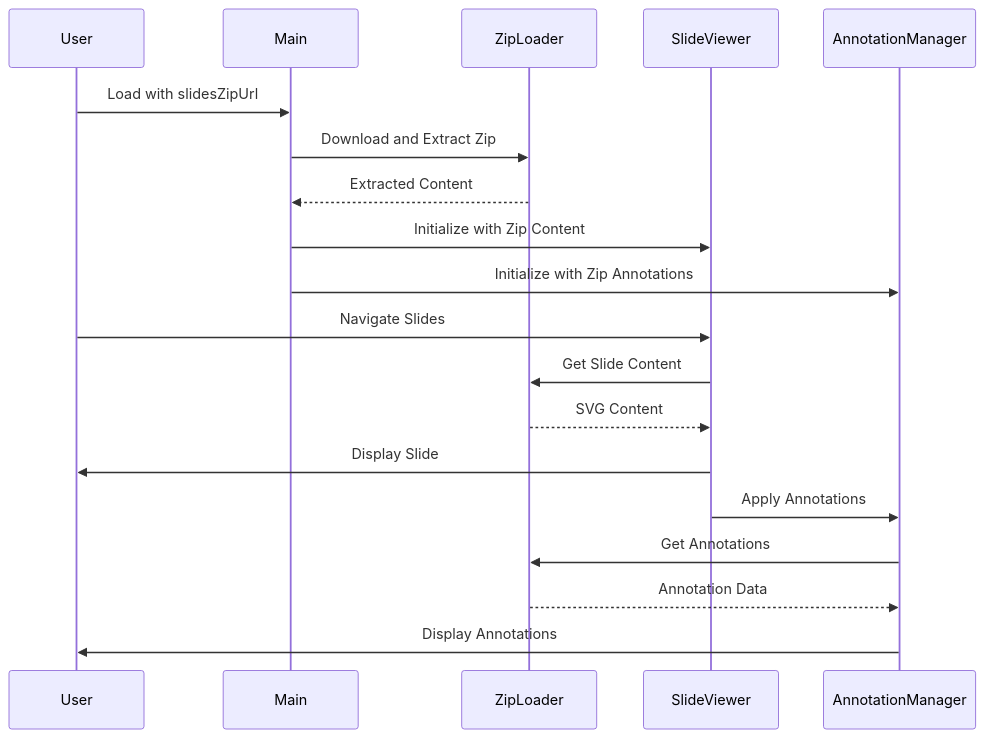
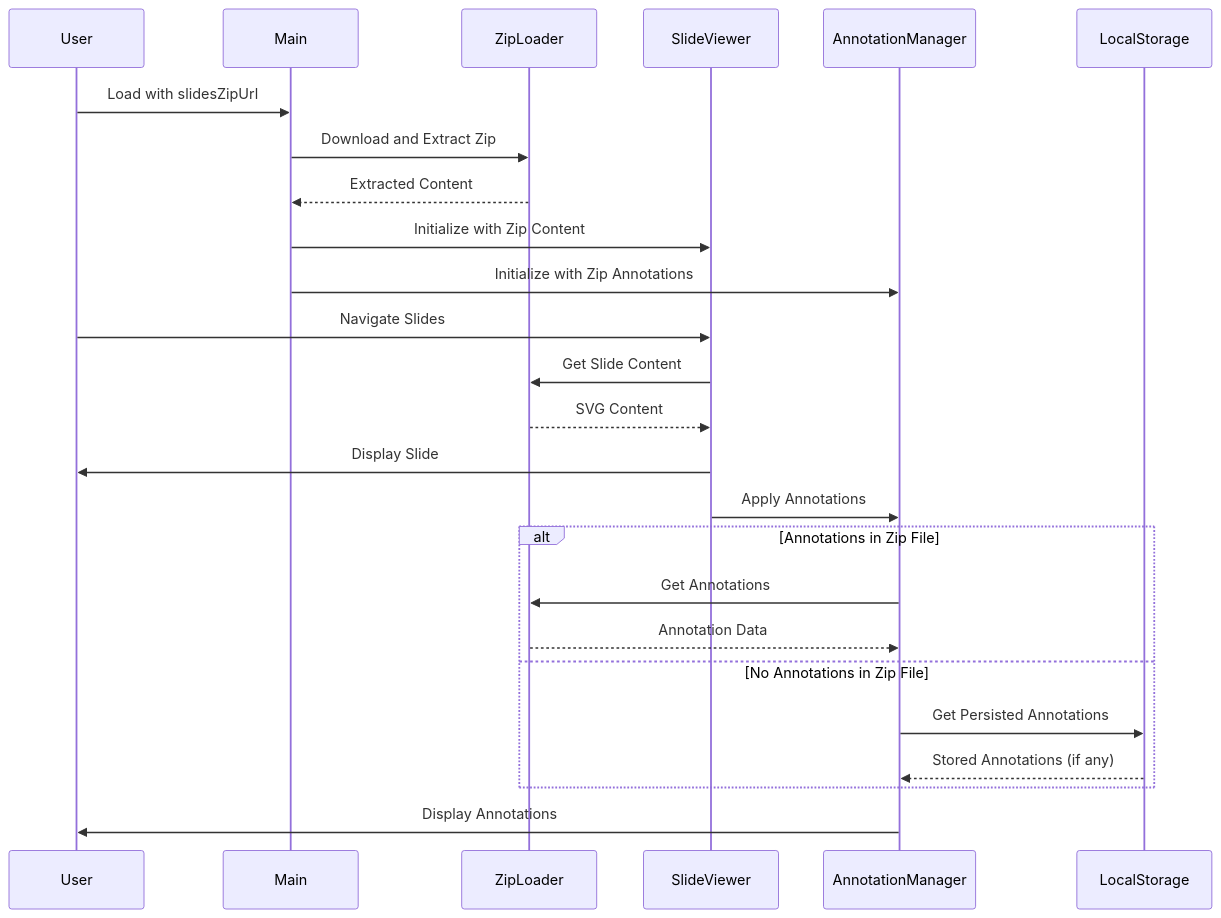
The third of 3 diagrams in Architecture.md (lucasjellema/slide-viewer), drawn with Mermaid before and after one commit. The commit also changed other lines of this file and 1 other file, not shown here.

````diff
--- a/Architecture.md
+++ b/Architecture.md
@@ -117,24 +119,32 @@
 ```mermaid
 sequenceDiagram
     participant User
     participant Main
     participant ZipLoader
     participant SlideViewer
     participant AnnotationManager
+    participant LocalStorage
     
     User->>Main: Load with slidesZipUrl
     Main->>ZipLoader: Download and Extract Zip
     ZipLoader-->>Main: Extracted Content
     Main->>SlideViewer: Initialize with Zip Content
     Main->>AnnotationManager: Initialize with Zip Annotations
     
     User->>SlideViewer: Navigate Slides
     SlideViewer->>ZipLoader: Get Slide Content
     ZipLoader-->>SlideViewer: SVG Content
     SlideViewer->>User: Display Slide
     
     SlideViewer->>AnnotationManager: Apply Annotations
-    AnnotationManager->>ZipLoader: Get Annotations
-    ZipLoader-->>AnnotationManager: Annotation Data
+    
+    alt Annotations in Zip File
+        AnnotationManager->>ZipLoader: Get Annotations
+        ZipLoader-->>AnnotationManager: Annotation Data
+    else No Annotations in Zip File
+        AnnotationManager->>LocalStorage: Get Persisted Annotations
+        LocalStorage-->>AnnotationManager: Stored Annotations (if any)
+    end
+    
     AnnotationManager->>User: Display Annotations
 ```
````
